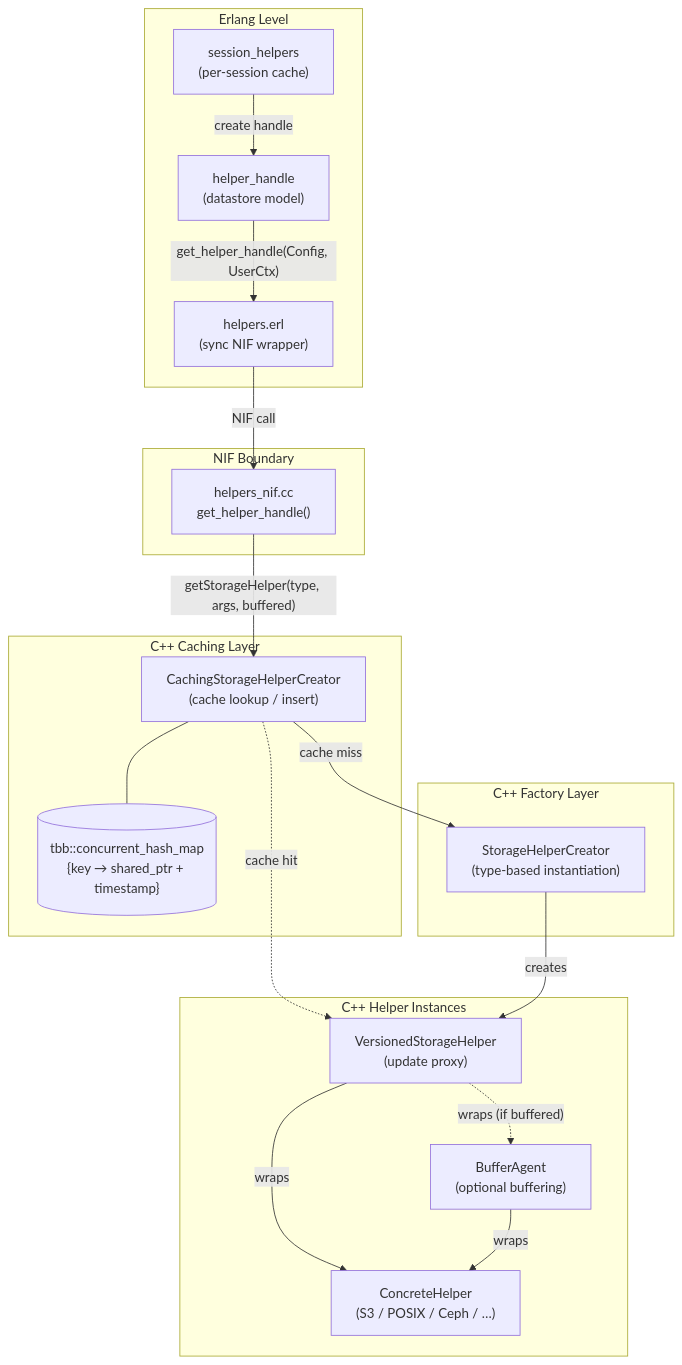
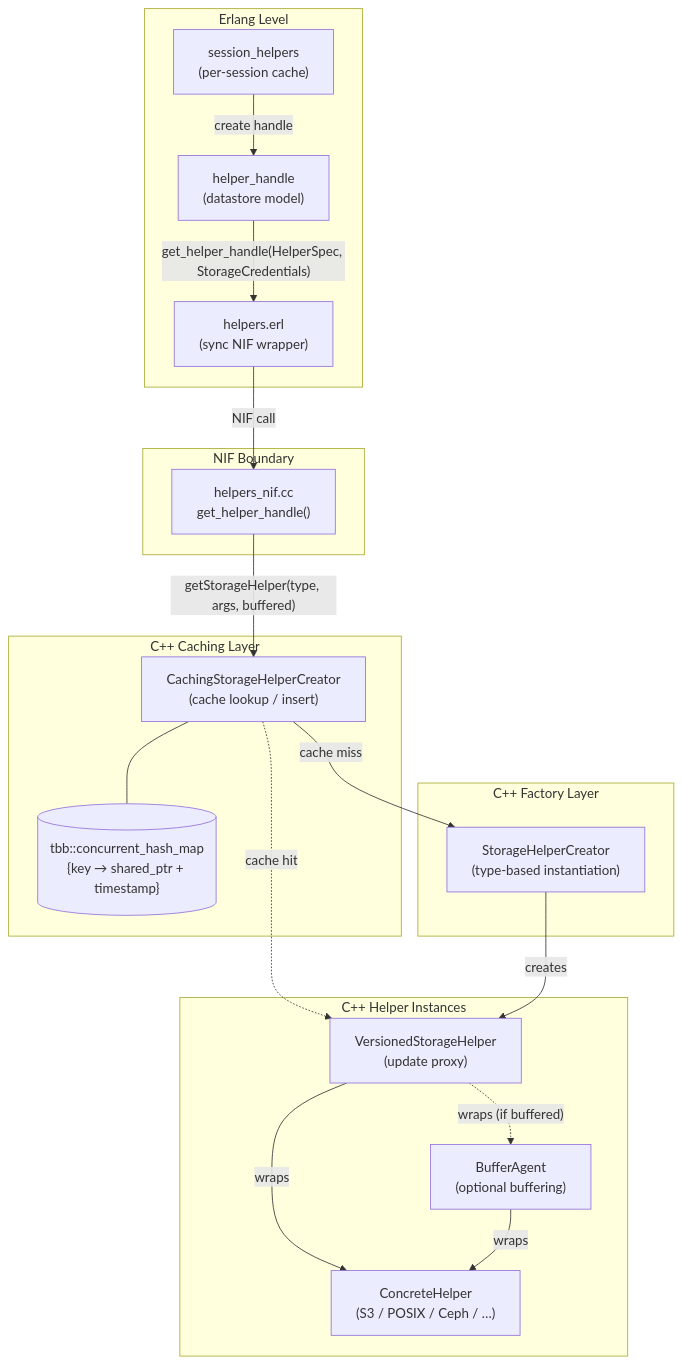
The first of 6 diagrams in doc/architecture/storage/helpers/cpp-helper-caching.md (onedata/op-worker), drawn with Mermaid before and after one commit. The commit also changed other lines of this file and 82 other files, not shown here.

First line of the commit message:
VFS-12677 Rename helper_config to helper_spec

````diff
--- a/doc/architecture/storage/helpers/cpp-helper-caching.md
+++ b/doc/architecture/storage/helpers/cpp-helper-caching.md
@@ -55,39 +55,39 @@
 ```mermaid
 graph TB
     subgraph "Erlang Level"
         SH["session_helpers\n(per-session cache)"]
         HH["helper_handle\n(datastore model)"]
         H["helpers.erl\n(sync NIF wrapper)"]
     end
 
     subgraph "NIF Boundary"
         NIF["helpers_nif.cc\nget_helper_handle()"]
     end
 
     subgraph "C++ Caching Layer"
         CSHC["CachingStorageHelperCreator\n(cache lookup / insert)"]
         Cache[("tbb::concurrent_hash_map\n{key → shared_ptr + timestamp}")]
     end
 
     subgraph "C++ Factory Layer"
         SHC["StorageHelperCreator\n(type-based instantiation)"]
     end
 
     subgraph "C++ Helper Instances"
         VSH["VersionedStorageHelper\n(update proxy)"]
         Concrete["ConcreteHelper\n(S3 / POSIX / Ceph / …)"]
         BA["BufferAgent\n(optional buffering)"]
     end
 
     SH -- "create handle" --> HH
-    HH -- "get_helper_handle(Config, UserCtx)" --> H
+    HH -- "get_helper_handle(HelperSpec, StorageCredentials)" --> H
     H -- "NIF call" --> NIF
     NIF -- "getStorageHelper(type, args, buffered)" --> CSHC
     CSHC -- "cache miss" --> SHC
     CSHC -. "cache hit" .-> VSH
     SHC -- "creates" --> VSH
     VSH -- "wraps" --> Concrete
     VSH -. "wraps (if buffered)" .-> BA
     BA -- "wraps" --> Concrete
     CSHC --- Cache
 ```
````
